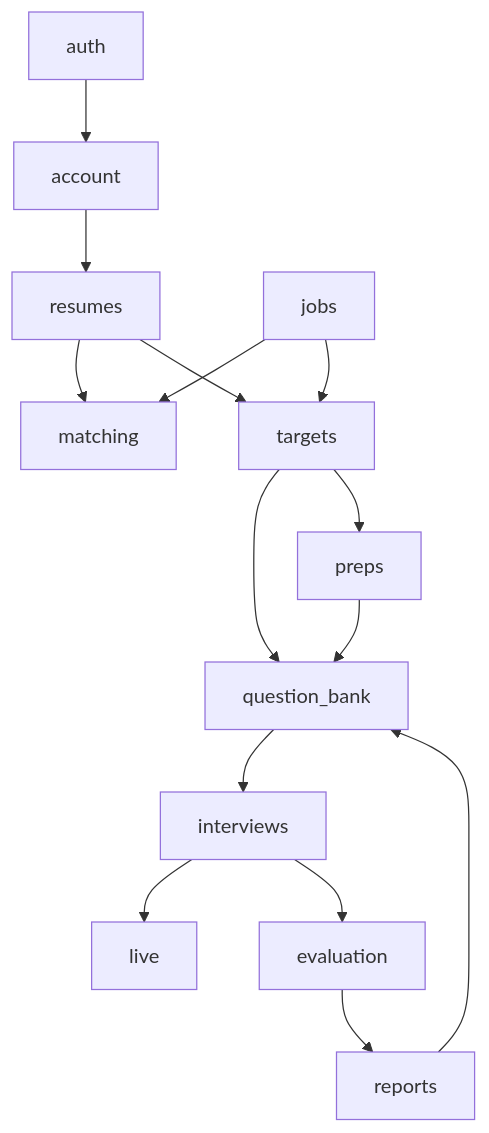
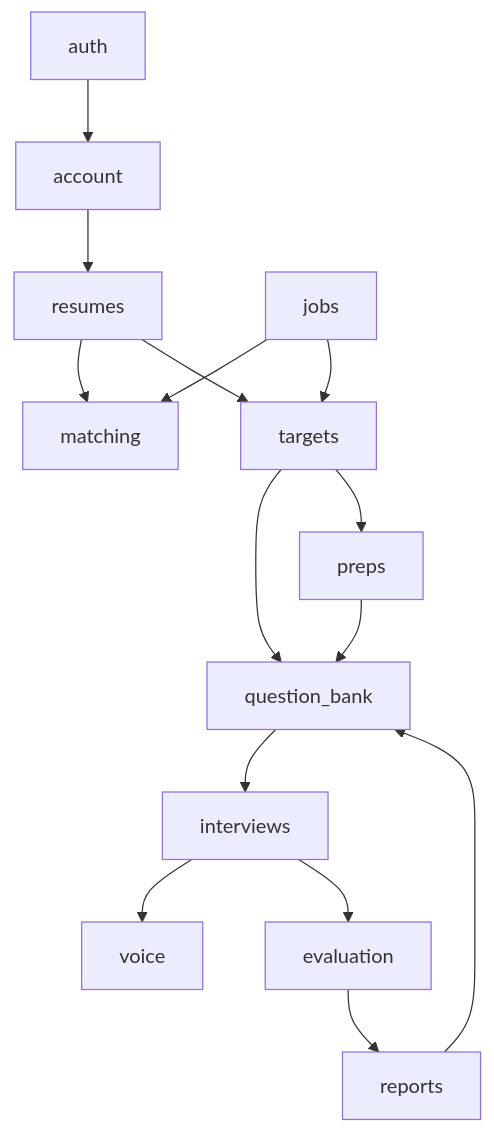
Before and after one commit to WilliamTsai1227/AI_Interview: the third of 6 diagrams in spec/architecture.md, drawn with Mermaid. The commit also changed other lines of this file and 4 other files, not shown here.

````diff
--- a/spec/architecture.md
+++ b/spec/architecture.md
@@ -341,17 +346,17 @@
 ```mermaid
 flowchart TD
     auth --> account
     account --> resumes
     resumes --> matching
     jobs --> matching
     jobs --> targets
     resumes --> targets
     targets --> question_bank
     targets --> preps
     preps --> question_bank
     question_bank --> interviews
-    interviews --> live
+    interviews --> voice
     interviews --> evaluation
     evaluation --> reports
     reports --> question_bank
 ```
````
